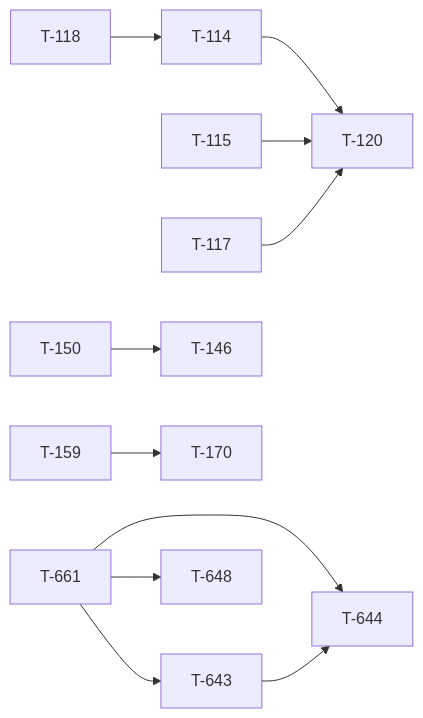
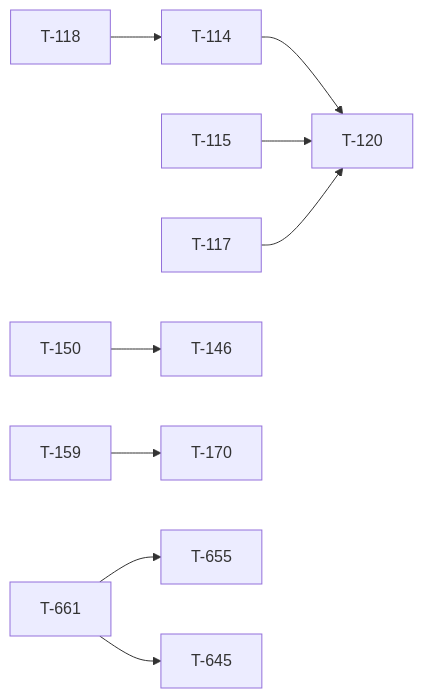
The diagram in docs/TICKET_LEAD.md (darkforce09/TBD-reforger), drawn with Mermaid before and after one commit. The commit also changed other lines of this file and 8 other files, not shown here.

````diff
--- a/docs/TICKET_LEAD.md
+++ b/docs/TICKET_LEAD.md
@@ -28,13 +28,11 @@
 ```mermaid
 flowchart LR
   T118[T-118] --> T114[T-114]
   T114[T-114] --> T120[T-120]
   T115[T-115] --> T120[T-120]
   T117[T-117] --> T120[T-120]
   T150[T-150] --> T146[T-146]
   T159[T-159] --> T170[T-170]
-  T661[T-661] --> T643[T-643]
-  T661[T-661] --> T648[T-648]
-  T661[T-661] --> T644[T-644]
-  T643[T-643] --> T644[T-644]
+  T661[T-661] --> T655[T-655]
+  T661[T-661] --> T645[T-645]
 ```
````
